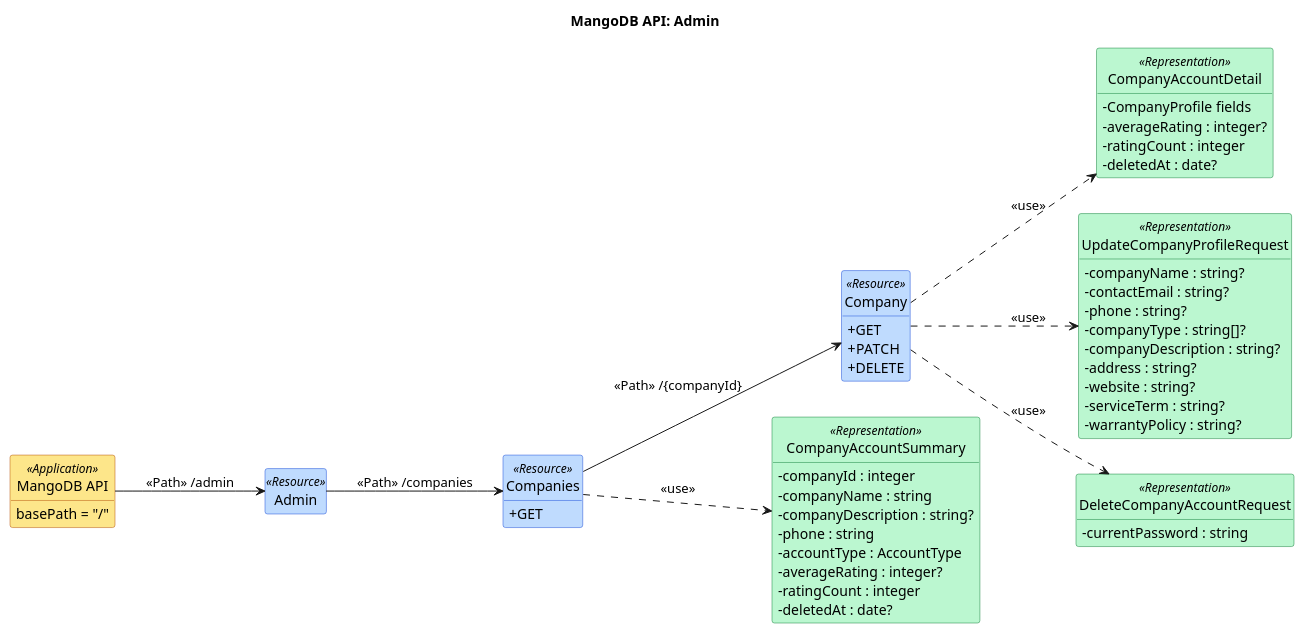
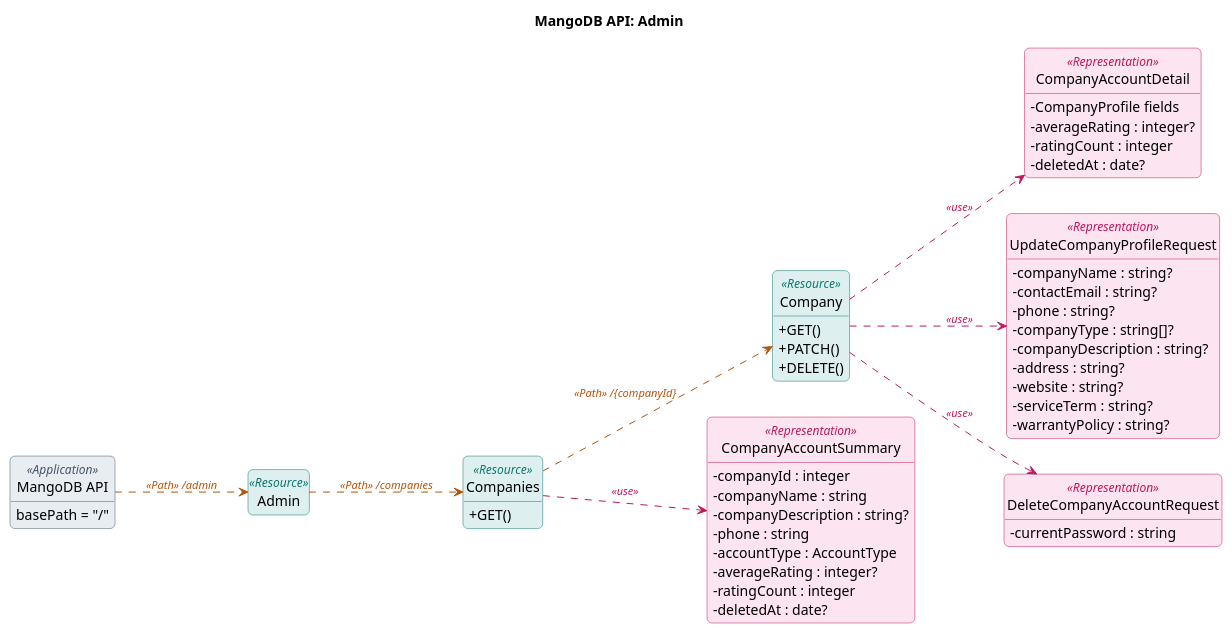
One commit to taofuuu/MangoDB changed the diagram in docs/api/uml/admin.puml. Above: the diagram before and after it, drawn with PlantUML. The commit also changed 31 other files, not shown here.

First line of the commit message:
docs(api): document quotation and cancel endpoints, restyle UML API diagrams

```diff
--- a/docs/api/uml/admin.puml
+++ b/docs/api/uml/admin.puml
@@ -1,66 +1,74 @@
 @startuml
 left to right direction
 skinparam classAttributeIconSize 0
 hide circle
 hide empty members
+skinparam shadowing false
+skinparam roundcorner 10
+skinparam ClassFontStyle bold
+skinparam ClassAttributeFontStyle plain
+skinparam ArrowFontSize 11
 skinparam class {
-  BackgroundColor<<Application>> #FDE68A
-  BorderColor<<Application>> #B45309
-  BackgroundColor<<Resource>> #BFDBFE
-  BorderColor<<Resource>> #1D4ED8
-  BackgroundColor<<Representation>> #BBF7D0
-  BorderColor<<Representation>> #15803D
+  BackgroundColor<<Application>> #E8EDF2
+  BorderColor<<Application>> #475569
+  BackgroundColor<<Resource>> #DDEFEF
+  BorderColor<<Resource>> #0F766E
+  BackgroundColor<<Representation>> #FCE4F0
+  BorderColor<<Representation>> #BE185D
+  StereotypeFontColor<<Application>> #475569
+  StereotypeFontColor<<Resource>> #0F766E
+  StereotypeFontColor<<Representation>> #BE185D
 }
 title MangoDB API: Admin
 
 class "MangoDB API" as API <<Application>> {
   basePath = "/"
 }
 class "Admin" as Admin <<Resource>>
 class "Companies" as AdminCompanies <<Resource>> {
-  + GET
+  + GET()
 }
 class "Company" as AdminCompany <<Resource>> {
-  + GET
-  + PATCH
-  + DELETE
+  + GET()
+  + PATCH()
+  + DELETE()
 }
 class "CompanyAccountSummary" as CompanyAccountSummaryRep <<Representation>> {
   -companyId : integer
   -companyName : string
   -companyDescription : string?
   -phone : string
   -accountType : AccountType
   -averageRating : integer?
   -ratingCount : integer
   -deletedAt : date?
 }
 class "CompanyAccountDetail" as CompanyAccountDetailRep <<Representation>> {
   -CompanyProfile fields
   -averageRating : integer?
   -ratingCount : integer
   -deletedAt : date?
 }
 class "UpdateCompanyProfileRequest" as UpdateCompanyProfileRequestRep <<Representation>> {
   -companyName : string?
   -contactEmail : string?
   -phone : string?
   -companyType : string[]?
   -companyDescription : string?
   -address : string?
   -website : string?
   -serviceTerm : string?
   -warrantyPolicy : string?
 }
 class "DeleteCompanyAccountRequest" as DeleteCompanyAccountRequestRep <<Representation>> {
   -currentPassword : string
 }
 
-API --> Admin : <<Path>> /admin
-Admin --> AdminCompanies : <<Path>> /companies
-AdminCompanies ..> CompanyAccountSummaryRep : <<use>>
-AdminCompanies --> AdminCompany : <<Path>> /{companyId}
-AdminCompany ..> CompanyAccountDetailRep : <<use>>
-AdminCompany ..> UpdateCompanyProfileRequestRep : <<use>>
-AdminCompany ..> DeleteCompanyAccountRequestRep : <<use>>
+API -[#B45309,dashed]-> Admin : <i><color:#B45309>«Path» /admin</color></i>
+Admin -[#B45309,dashed]-> AdminCompanies : <i><color:#B45309>«Path» /companies</color></i>
+AdminCompanies -[#BE185D,dashed]-> CompanyAccountSummaryRep : <i><color:#BE185D>«use»</color></i>
+AdminCompanies -[#B45309,dashed]-> AdminCompany : <i><color:#B45309>«Path» /{companyId}</color></i>
+AdminCompany -[#BE185D,dashed]-> CompanyAccountDetailRep : <i><color:#BE185D>«use»</color></i>
+AdminCompany -[#BE185D,dashed]-> UpdateCompanyProfileRequestRep : <i><color:#BE185D>«use»</color></i>
+AdminCompany -[#BE185D,dashed]-> DeleteCompanyAccountRequestRep : <i><color:#BE185D>«use»</color></i>
 @enduml
```
